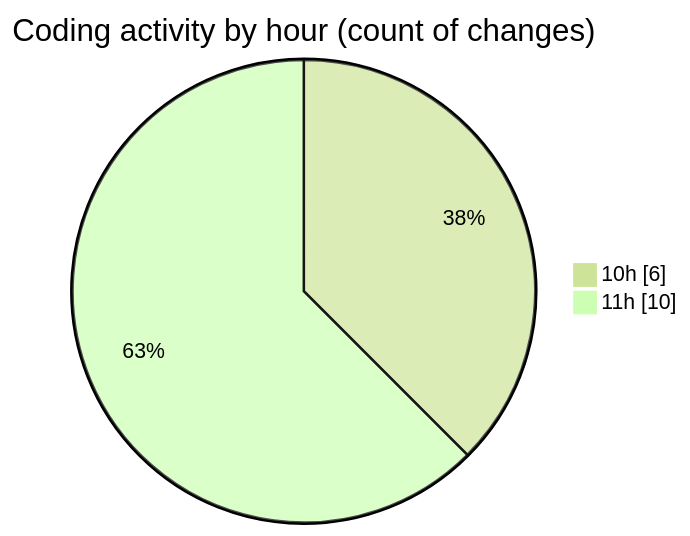
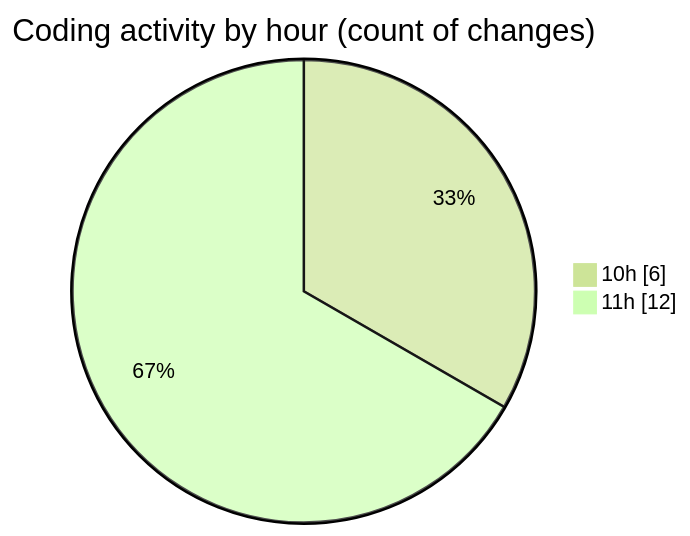
One commit to nxtqubesakshisongat/code-tracking changed the second of 2 diagrams in 2026-06-25/nxtqube_webapp/README.md. Above: the diagram before and after it, drawn with Mermaid (forest theme). The commit also changed other lines of this file and 1 other file, not shown here.

````diff
--- a/2026-06-25/nxtqube_webapp/README.md
+++ b/2026-06-25/nxtqube_webapp/README.md
@@ -28,6 +28,6 @@
 ```mermaid
 pie showData
 title Coding activity by hour (count of changes)
 "10h" : 6
-"11h" : 10
+"11h" : 12
 ```
````
